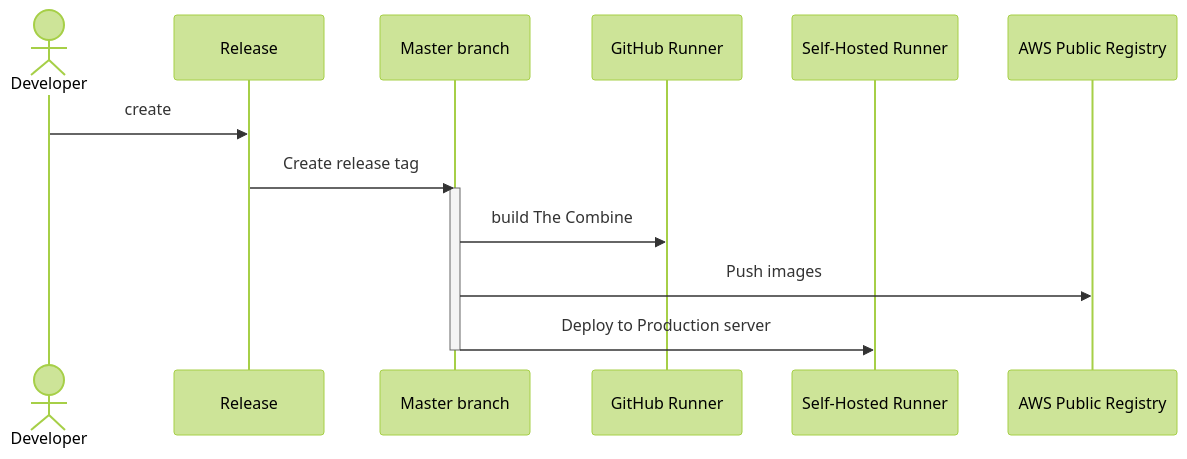
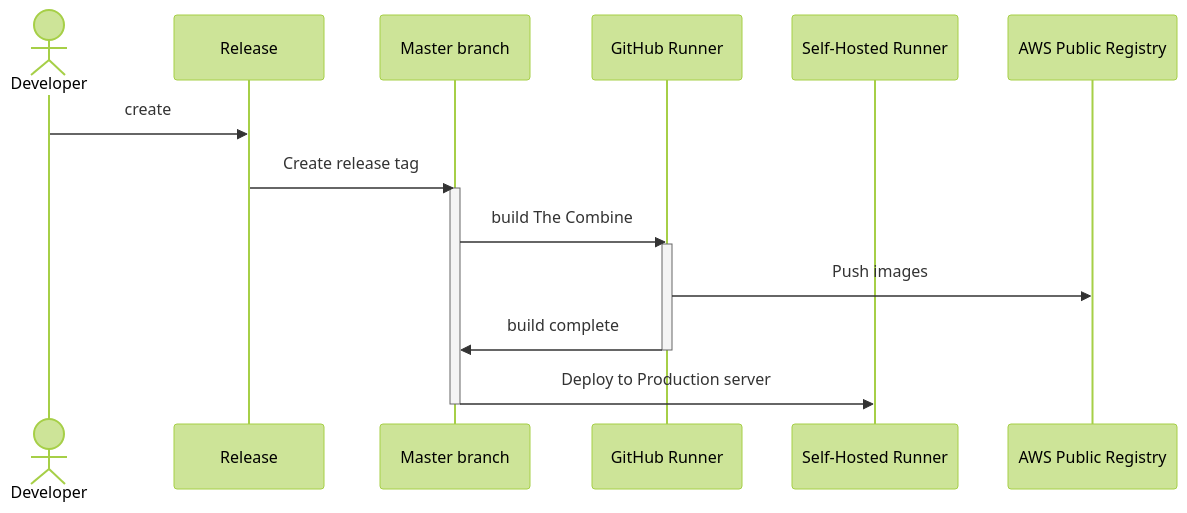
Before and after one commit to sillsdev/TheCombine: the second of 2 diagrams in README.md, drawn with Mermaid (forest theme). The commit also changed other lines of this file, not shown here.

Commit message:
Update sequence diagrams to show that images are pushed from GH runner

````diff
--- a/README.md
+++ b/README.md
@@ -1003,16 +1006,19 @@
 ```mermaid
 sequenceDiagram
    actor Developer
    participant Release
    participant master as Master branch
    participant GH as GitHub Runner
    participant SH as Self-Hosted Runner
    participant reg as AWS Public Registry
    Developer ->> Release: create
    Release ->> master: Create release tag
    activate master
    master ->> GH: build The Combine
-   master ->> reg: Push images
+   activate GH
+   GH ->> reg: Push images
+   GH ->> master: build complete
+   deactivate GH
    master ->> SH: Deploy to Production server
    deactivate master
 ```
````
